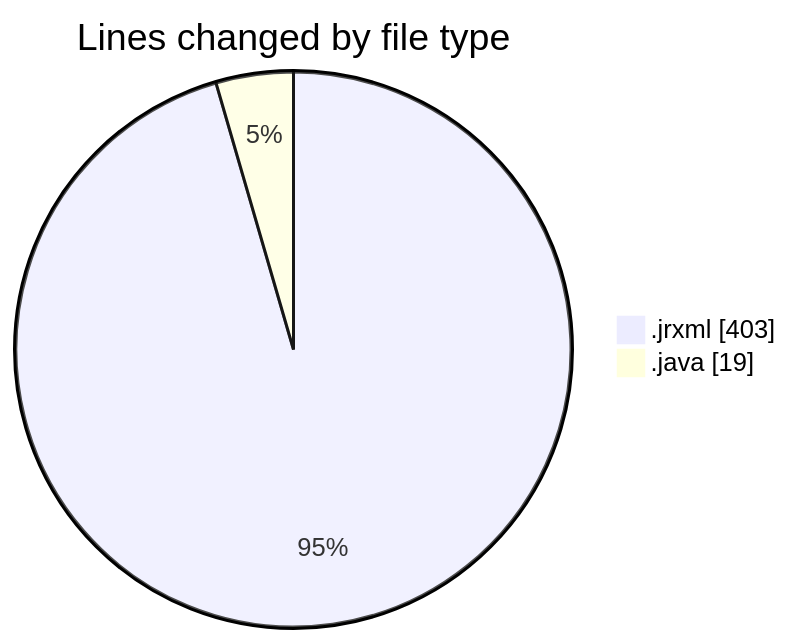
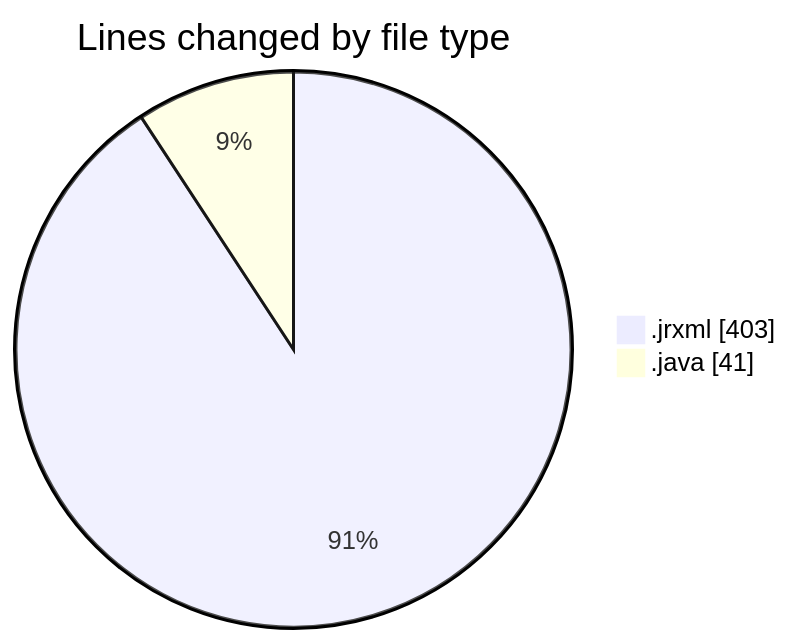
Before and after one commit to ricardozamudiocil/code-tracking: the first of 2 diagrams in 2026-09-17/cilreports__workspace_/README.md, drawn with Mermaid. The commit also changed other lines of this file and 2 other files, not shown here.

````diff
--- a/2026-09-17/cilreports__workspace_/README.md
+++ b/2026-09-17/cilreports__workspace_/README.md
@@ -22,6 +22,6 @@
 ```mermaid
 pie showData
 title Lines changed by file type
 ".jrxml" : 403
-".java" : 19
+".java" : 41
 ```
````
